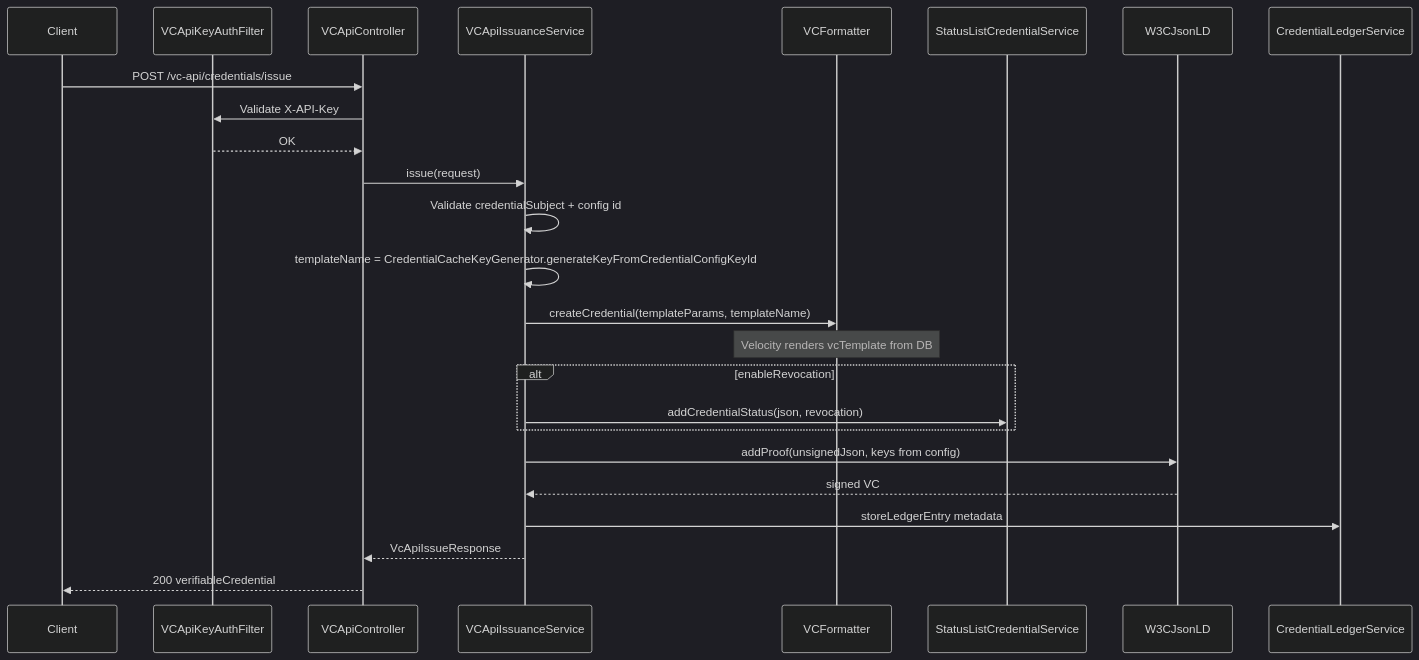
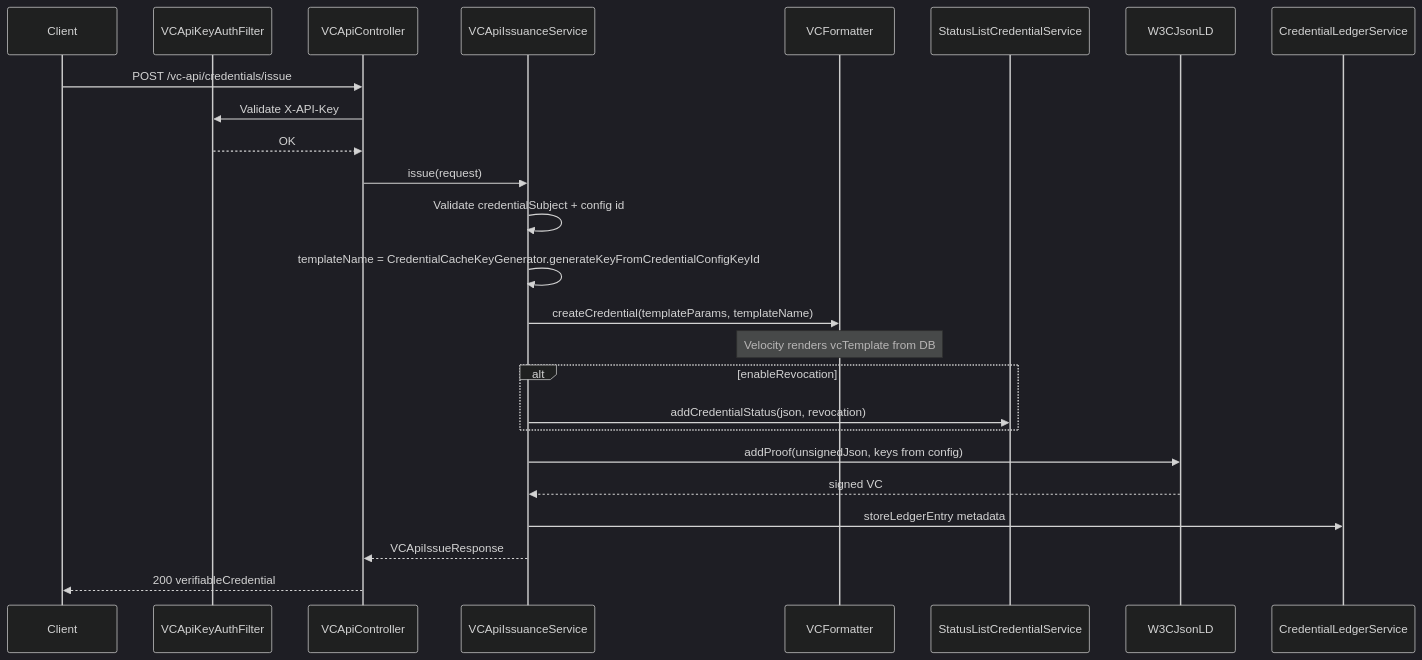
The second of 2 diagrams in docs/W3C-VC-API-Support.md (ooru-digital/inji-certify), drawn with Mermaid (dark theme) before and after one commit. The commit also changed other lines of this file and 13 other files, not shown here.

Commit message:
Rename VcApi files to VCApi to match class naming and refactoring the code.

````diff
--- a/docs/W3C-VC-API-Support.md
+++ b/docs/W3C-VC-API-Support.md
@@ -119,28 +119,28 @@
 ```mermaid
 sequenceDiagram
     participant C as Client
     participant F as VCApiKeyAuthFilter
     participant Ctrl as VCApiController
     participant Svc as VCApiIssuanceService
     participant VF as VCFormatter
     participant ST as StatusListCredentialService
     participant CF as W3CJsonLD
     participant LD as CredentialLedgerService
 
     C->>Ctrl: POST /vc-api/credentials/issue
     Ctrl->>F: Validate X-API-Key
     F-->>Ctrl: OK
     Ctrl->>Svc: issue(request)
     Svc->>Svc: Validate credentialSubject + config id
     Svc->>Svc: templateName = CredentialCacheKeyGenerator.generateKeyFromCredentialConfigKeyId
     Svc->>VF: createCredential(templateParams, templateName)
     Note over VF: Velocity renders vcTemplate from DB
     alt enableRevocation
         Svc->>ST: addCredentialStatus(json, revocation)
     end
     Svc->>CF: addProof(unsignedJson, keys from config)
     CF-->>Svc: signed VC
     Svc->>LD: storeLedgerEntry metadata
-    Svc-->>Ctrl: VcApiIssueResponse
+    Svc-->>Ctrl: VCApiIssueResponse
     Ctrl-->>C: 200 verifiableCredential
 ```
````
